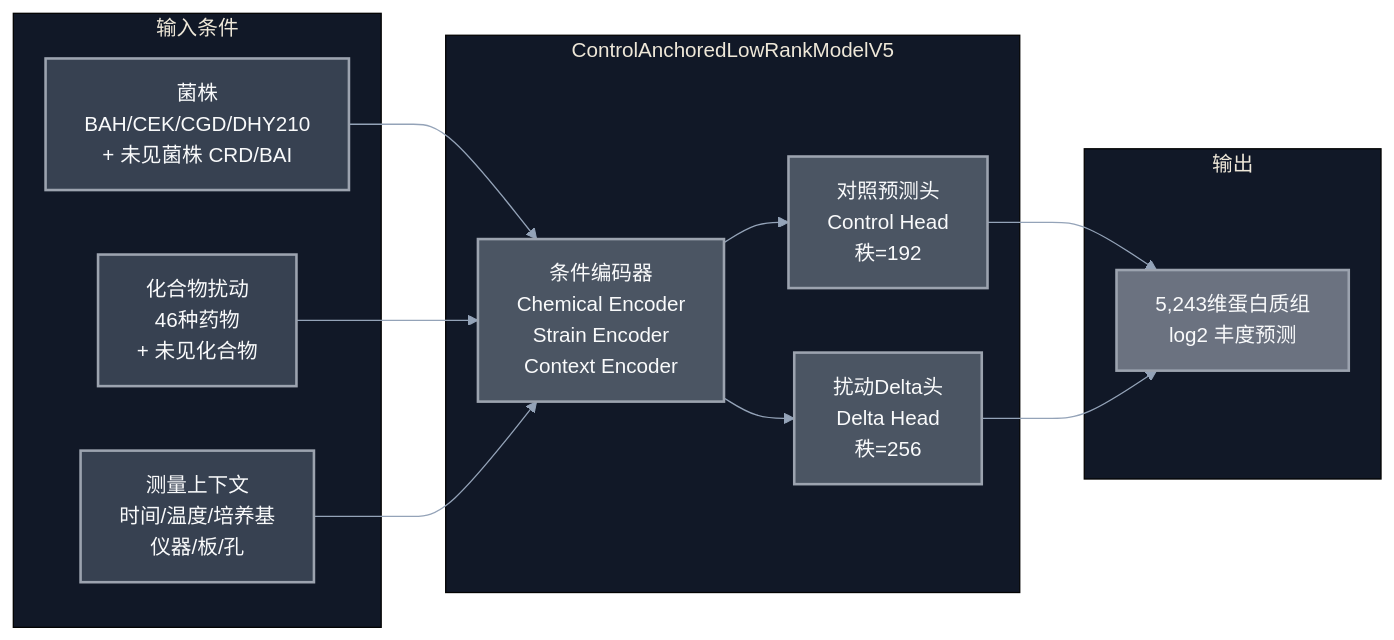
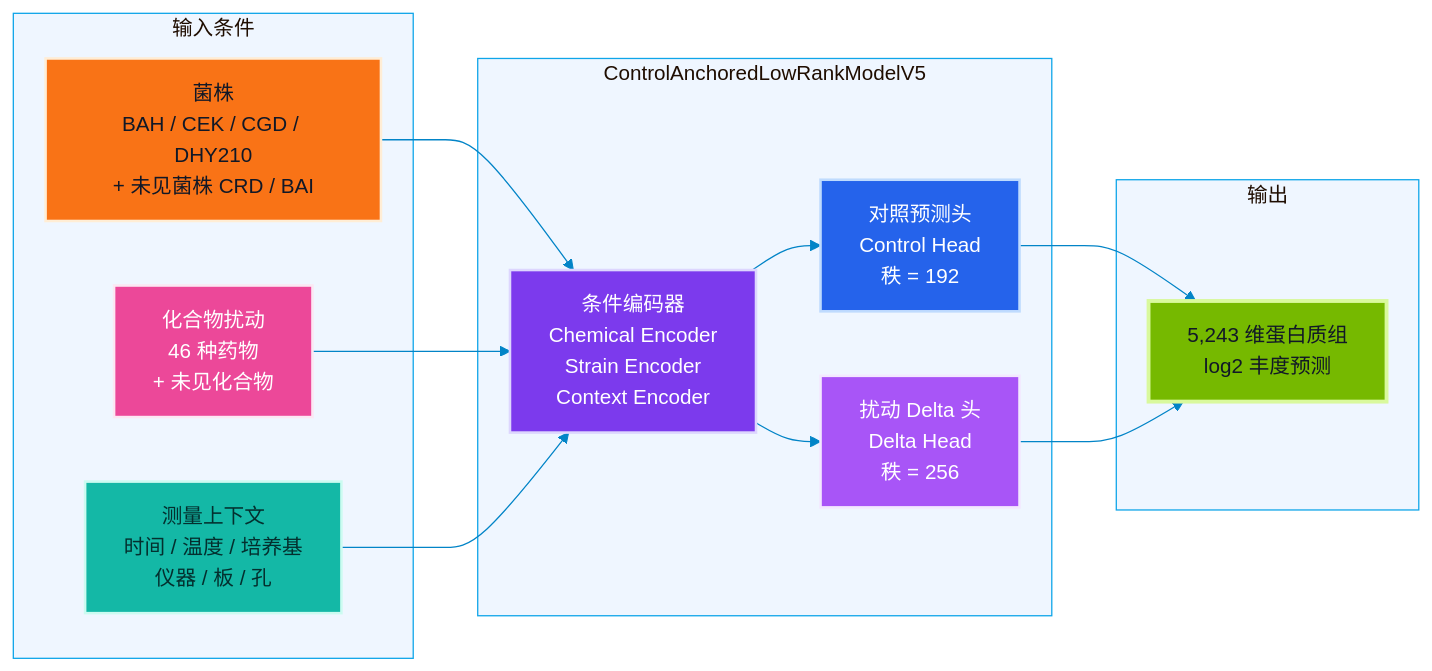
One commit to ibh4/goai-virtual-yeast-model changed the first of 4 diagrams in README.md. Above: the diagram before and after it, drawn with Mermaid. The commit also changed other lines of this file, not shown here.

````diff
--- a/README.md
+++ b/README.md
@@ -38,31 +38,35 @@
 ```mermaid
-%%{init: {"theme": "base", "themeVariables": {"fontFamily": "Inter, Microsoft YaHei, sans-serif", "background": "#0B1020", "primaryColor": "#172554", "primaryTextColor": "#F8FAFC", "primaryBorderColor": "#38BDF8", "lineColor": "#94A3B8", "tertiaryColor": "#111827"}}}%%
+%%{init: {"theme": "base", "themeVariables": {"fontFamily": "Inter, Microsoft YaHei, sans-serif", "background": "#FFFFFF", "primaryColor": "#2563EB", "primaryTextColor": "#0F172A", "primaryBorderColor": "#67E8F9", "secondaryColor": "#7C3AED", "tertiaryColor": "#E0F2FE", "lineColor": "#0284C7", "clusterBkg": "#EFF6FF", "clusterBorder": "#0EA5E9", "edgeLabelBackground": "#FFFFFF"}}}%%
 flowchart LR
-    subgraph I[输入条件]
-        STRAIN[菌株<br/>BAH/CEK/CGD/DHY210<br/>+ 未见菌株 CRD/BAI]:::input
-        DRUG[化合物扰动<br/>46种药物<br/>+ 未见化合物]:::input
-        CTX[测量上下文<br/>时间/温度/培养基<br/>仪器/板/孔]:::input
+    subgraph I["输入条件"]
+        STRAIN["菌株<br/>BAH / CEK / CGD / DHY210<br/>+ 未见菌株 CRD / BAI"]:::strainInput
+        DRUG["化合物扰动<br/>46 种药物<br/>+ 未见化合物"]:::drugInput
+        CTX["测量上下文<br/>时间 / 温度 / 培养基<br/>仪器 / 板 / 孔"]:::contextInput
     end
 
-    subgraph M[ControlAnchoredLowRankModelV5]
-        ENC[条件编码器<br/>Chemical Encoder<br/>Strain Encoder<br/>Context Encoder]:::model
-        CTRL[对照预测头<br/>Control Head<br/>秩=192]:::model
-        DELTA[扰动Delta头<br/>Delta Head<br/>秩=256]:::model
+    subgraph M["ControlAnchoredLowRankModelV5"]
+        ENC["条件编码器<br/>Chemical Encoder<br/>Strain Encoder<br/>Context Encoder"]:::encoder
+        CTRL["对照预测头<br/>Control Head<br/>秩 = 192"]:::controlHead
+        DELTA["扰动 Delta 头<br/>Delta Head<br/>秩 = 256"]:::deltaHead
     end
 
-    subgraph O[输出]
-        PRED[5,243维蛋白质组<br/>log2 丰度预测]:::output
+    subgraph O["输出"]
+        PRED["5,243 维蛋白质组<br/>log2 丰度预测"]:::output
     end
 
     STRAIN --> ENC
     DRUG --> ENC
     CTX --> ENC
     ENC --> CTRL
     ENC --> DELTA
     CTRL --> PRED
     DELTA --> PRED
 
-    classDef input fill:#374151,stroke:#9CA3AF,color:#F9FAFB,stroke-width:2px;
-    classDef model fill:#4B5563,stroke:#9CA3AF,color:#F9FAFB,stroke-width:2px;
-    classDef output fill:#6B7280,stroke:#9CA3AF,color:#F9FAFB,stroke-width:2px;
+    classDef strainInput fill:#F97316,stroke:#FFEDD5,color:#111827,stroke-width:2px;
+    classDef drugInput fill:#EC4899,stroke:#FCE7F3,color:#FFFFFF,stroke-width:2px;
+    classDef contextInput fill:#14B8A6,stroke:#CCFBF1,color:#042F2E,stroke-width:2px;
+    classDef encoder fill:#7C3AED,stroke:#DDD6FE,color:#FFFFFF,stroke-width:2px;
+    classDef controlHead fill:#2563EB,stroke:#BFDBFE,color:#FFFFFF,stroke-width:2px;
+    classDef deltaHead fill:#A855F7,stroke:#F3E8FF,color:#FFFFFF,stroke-width:2px;
+    classDef output fill:#76B900,stroke:#D9F99D,color:#111827,stroke-width:3px;
 ```
````
